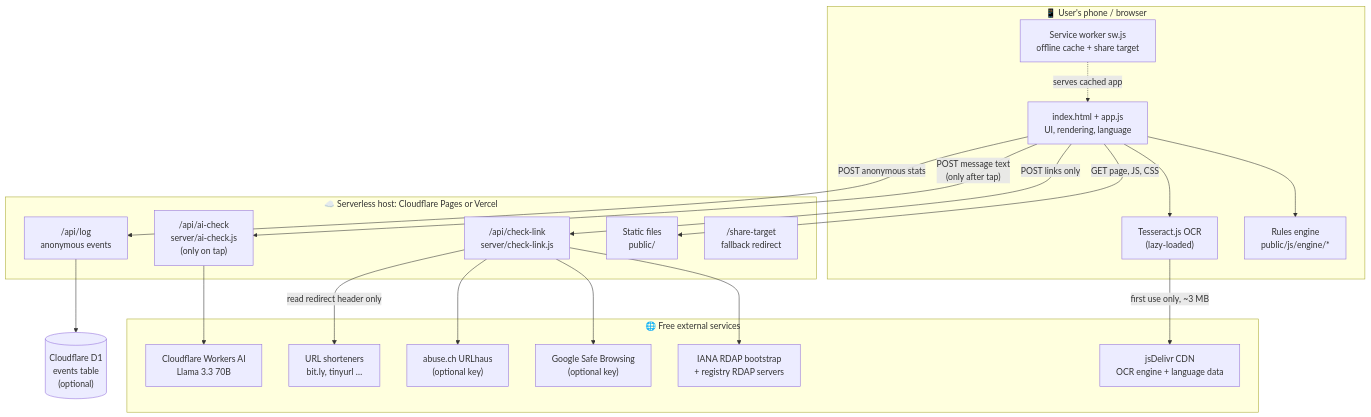
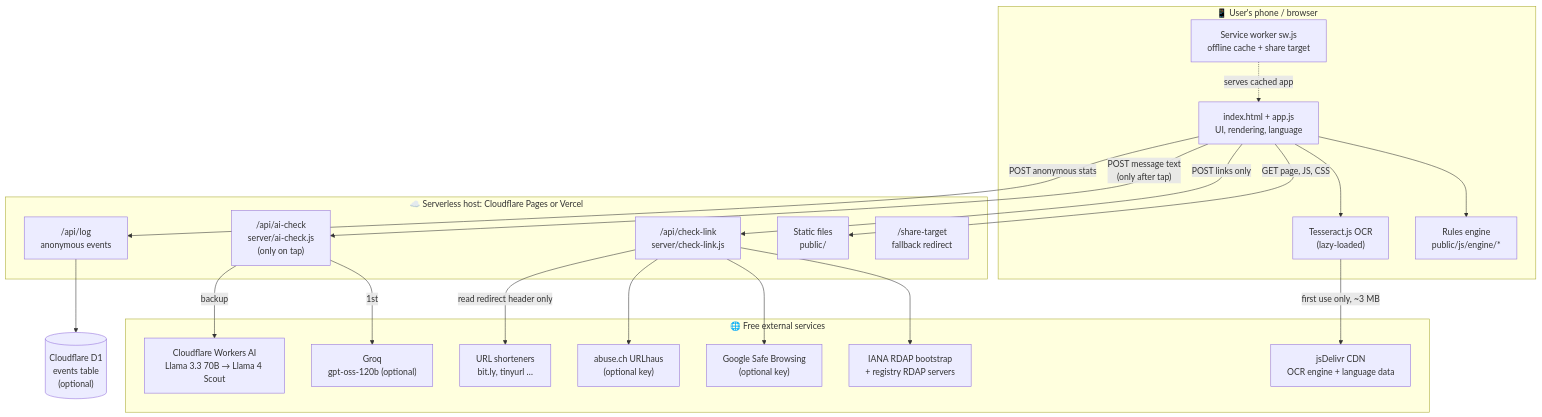
The second of 6 diagrams in README.md (adeyanjufuhad/CheckAm), drawn with Mermaid before and after one commit. The commit also changed other lines of this file and 7 other files, not shown here.

````diff
--- a/README.md
+++ b/README.md
@@ -171,43 +171,45 @@
 ```mermaid
 flowchart TB
     subgraph Device["📱 User's phone / browser"]
         UI["index.html + app.js<br/>UI, rendering, language"]
         ENG["Rules engine<br/>public/js/engine/*"]
         OCR["Tesseract.js OCR<br/>(lazy-loaded)"]
         SW["Service worker sw.js<br/>offline cache + share target"]
         UI --> ENG
         UI --> OCR
         SW -.serves cached app.-> UI
     end
 
     subgraph Edge["☁️ Serverless host: Cloudflare Pages or Vercel"]
         STATIC["Static files<br/>public/"]
         CL["/api/check-link<br/>server/check-link.js"]
         AIC["/api/ai-check<br/>server/ai-check.js<br/>(only on tap)"]
         LOG["/api/log<br/>anonymous events"]
         ST["/share-target<br/>fallback redirect"]
     end
 
     subgraph External["🌐 Free external services"]
         IANA["IANA RDAP bootstrap<br/>+ registry RDAP servers"]
         GSB["Google Safe Browsing<br/>(optional key)"]
         UH["abuse.ch URLhaus<br/>(optional key)"]
         SHORT["URL shorteners<br/>bit.ly, tinyurl …"]
         CDN["jsDelivr CDN<br/>OCR engine + language data"]
-        WAI["Cloudflare Workers AI<br/>Llama 3.3 70B"]
+        GROQ["Groq<br/>gpt-oss-120b (optional)"]
+        WAI["Cloudflare Workers AI<br/>Llama 3.3 70B → Llama 4 Scout"]
     end
 
     D1[("Cloudflare D1<br/>events table<br/>(optional)")]
 
     UI -- "GET page, JS, CSS" --> STATIC
     UI -- "POST links only" --> CL
     UI -- "POST message text<br/>(only after tap)" --> AIC
-    AIC --> WAI
+    AIC -- "1st" --> GROQ
+    AIC -- "backup" --> WAI
     UI -- "POST anonymous stats" --> LOG
     CL --> IANA
     CL --> GSB
     CL --> UH
     CL -- "read redirect header only" --> SHORT
     LOG --> D1
     OCR -- "first use only, ~3 MB" --> CDN
 ```
````
